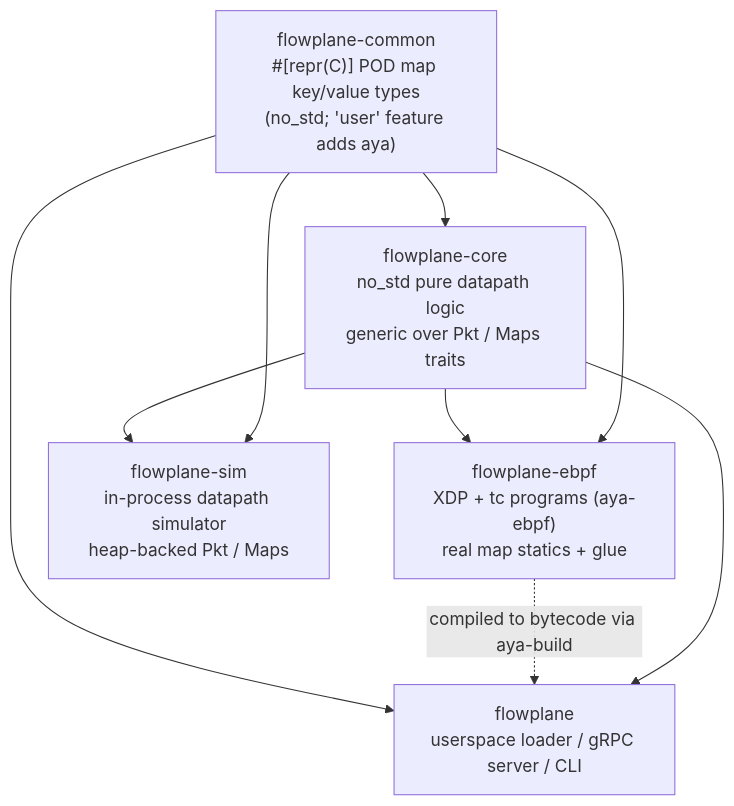
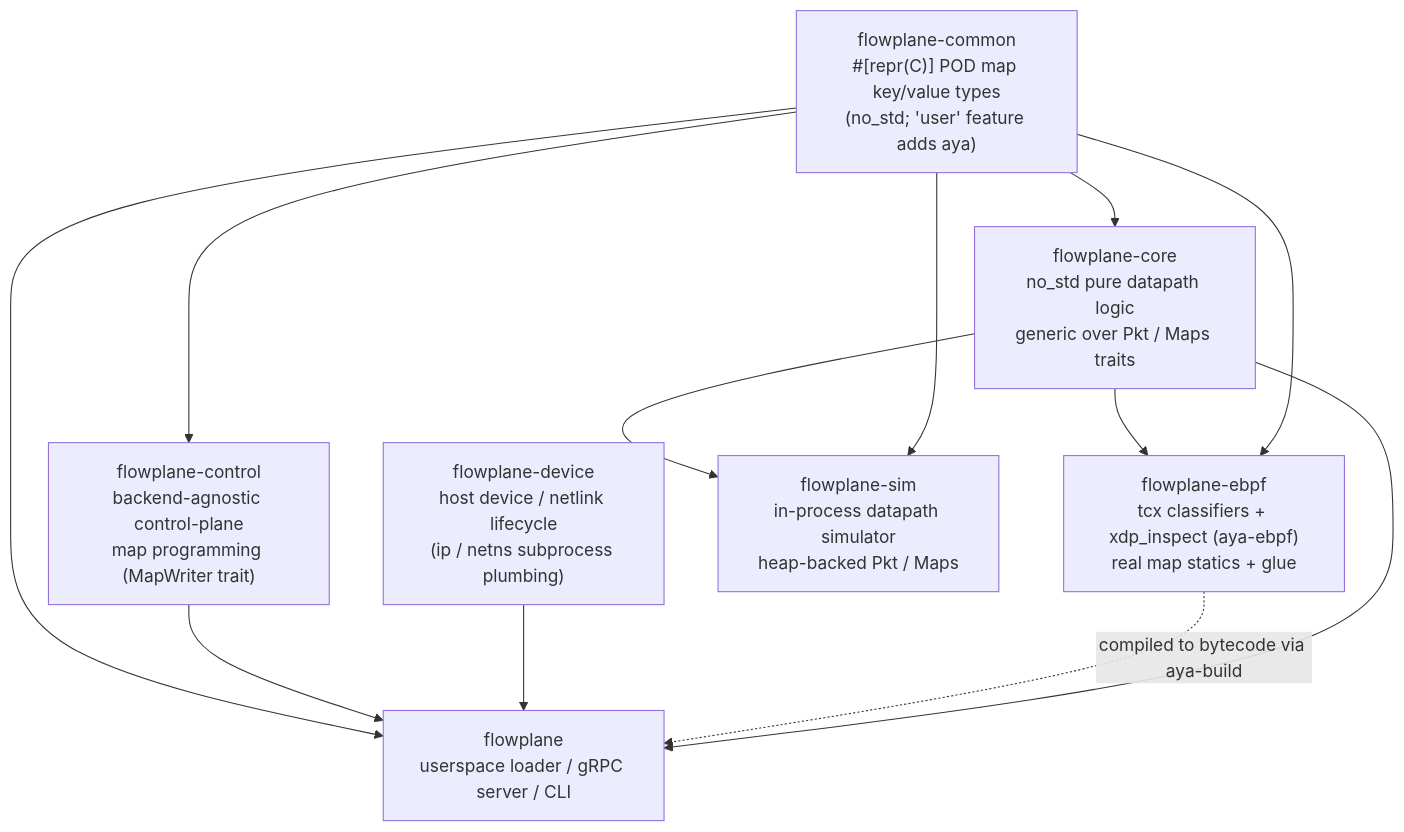
One commit to trevex/ectobase changed the diagram in docs/architecture/layout.md. Above: the diagram before and after it, drawn with Mermaid. The commit also changed other lines of this file and 3 other files, not shown here.

First line of the commit message:
docs(dataplane): rewrite programs/kernel-xdp-tc/cli + layout crate list for the Geneve+tcx datapath

````diff
--- a/docs/architecture/layout.md
+++ b/docs/architecture/layout.md
@@ -33,17 +35,22 @@
 ```mermaid
 flowchart TD
     common["flowplane-common<br/>#[repr(C)] POD map key/value types<br/>(no_std; 'user' feature adds aya)"]
     core["flowplane-core<br/>no_std pure datapath logic<br/>generic over Pkt / Maps traits"]
-    ebpf["flowplane-ebpf<br/>XDP + tc programs (aya-ebpf)<br/>real map statics + glue"]
+    ebpf["flowplane-ebpf<br/>tcx classifiers + xdp_inspect (aya-ebpf)<br/>real map statics + glue"]
+    control["flowplane-control<br/>backend-agnostic control-plane<br/>map programming (MapWriter trait)"]
+    device["flowplane-device<br/>host device / netlink lifecycle<br/>(ip / netns subprocess plumbing)"]
     fp["flowplane<br/>userspace loader / gRPC server / CLI"]
     sim["flowplane-sim<br/>in-process datapath simulator<br/>heap-backed Pkt / Maps"]
 
     common --> core
     core --> ebpf
     core --> sim
     common --> ebpf
     common --> fp
     common --> sim
+    common --> control
+    control --> fp
+    device --> fp
     ebpf -.compiled to bytecode via aya-build.-> fp
     core --> fp
 ```
````
